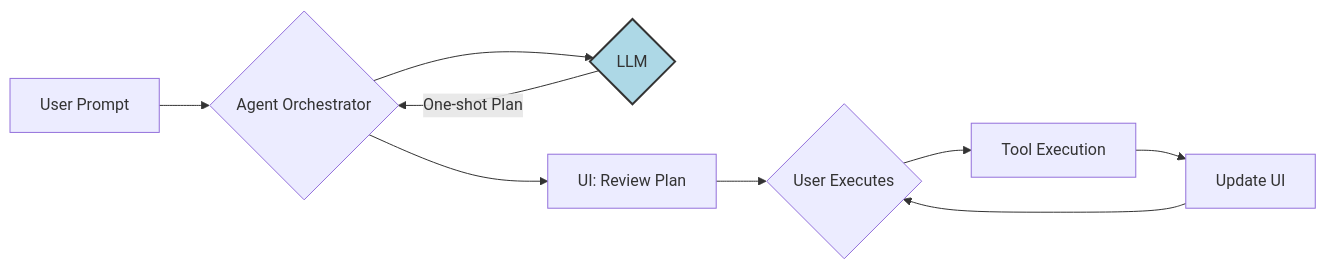
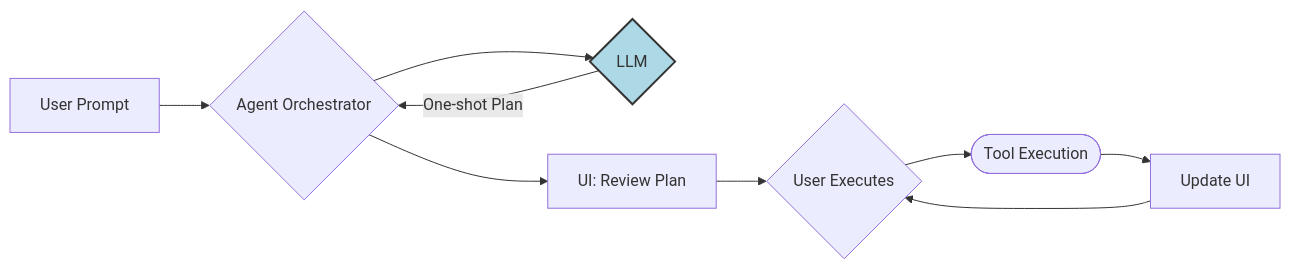
The first of 2 diagrams in README.md (yanard18/com.denizyanar.forgeai), drawn with Mermaid before and after one commit. The commit also changed other lines of this file, not shown here.

Commit message:
Docs: Make mermaid diagrams in README.md consistent

````diff
--- a/README.md
+++ b/README.md
@@ -43,13 +43,13 @@
 ```mermaid
 graph LR
     A[User Prompt] --> B{Agent Orchestrator};
     B --> C{LLM};
     C -- One-shot Plan --> B;
     B --> D[UI: Review Plan];
     D --> E{User Executes};
-    E --> F[Tool Execution];
+    E --> F([Tool Execution]);
     F --> G[Update UI];
     G --> E;
 
     style C fill:#add8e6,stroke:#333,stroke-width:2px
 ```
````
